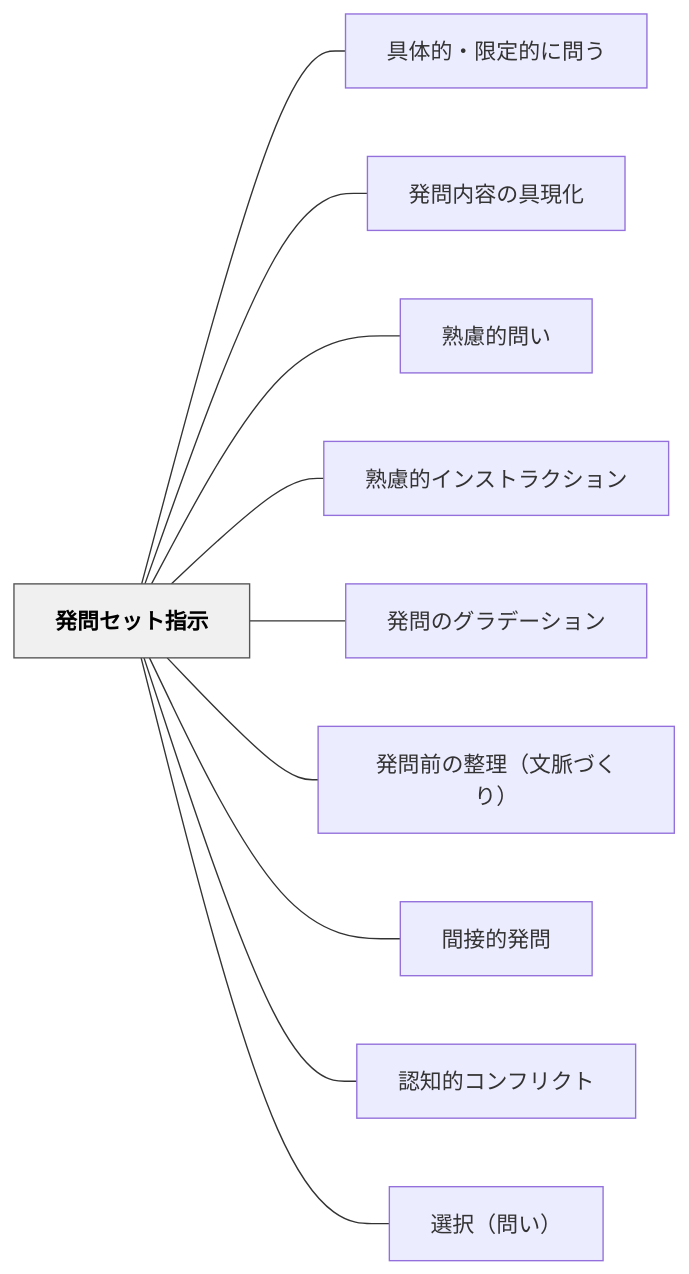
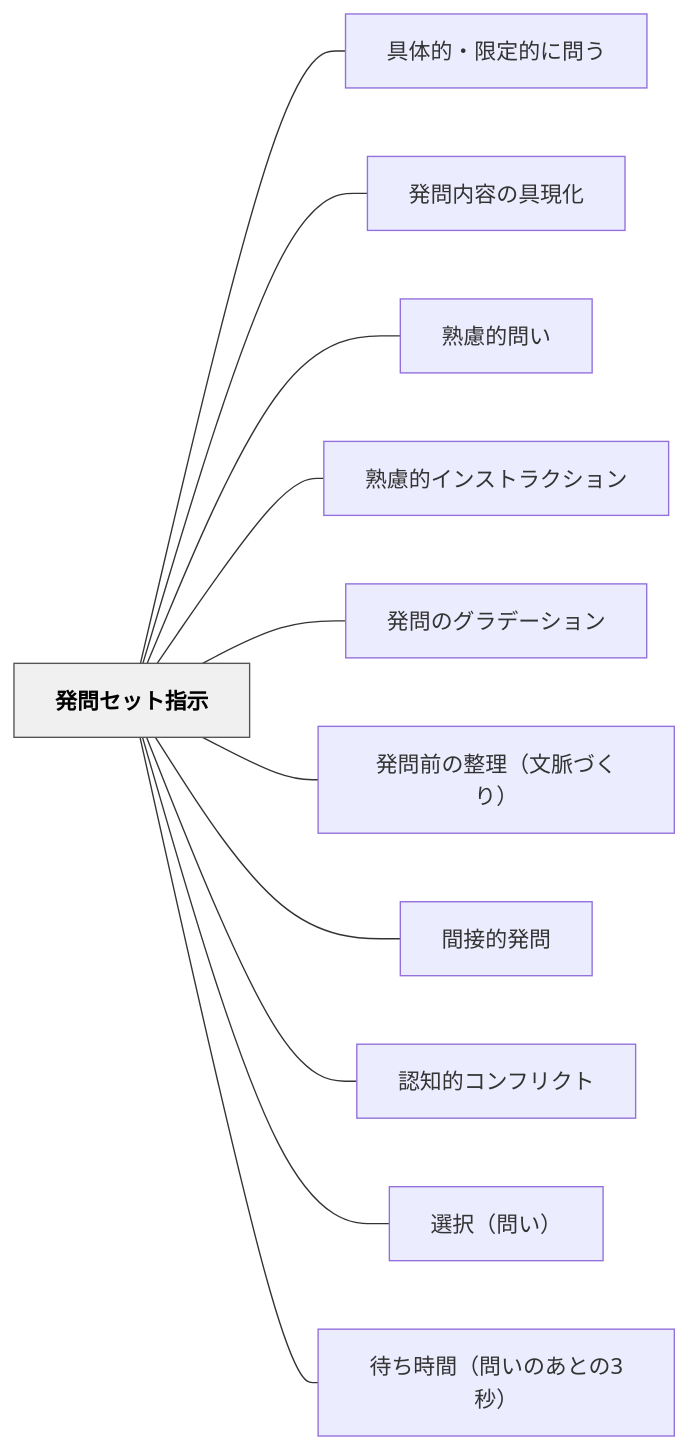
One commit to unknownthings-ed-patterns/unknownthings-ed-patterns changed the diagram in content/パタン/発問セット指示.md. Above: the diagram before and after it, drawn with Mermaid. The commit also changed other lines of this file and 6 other files, not shown here.

````diff
--- a/content/パタン/発問セット指示.md
+++ b/content/パタン/発問セット指示.md
@@ -87,26 +88,28 @@
 ```mermaid
 flowchart LR
     ne799bae5958fe382bbe38383e38388e68c87e7a4ba["発問セット指示"]
     ne585b7e4bd93e79a84e383bbe99990e5ae9ae79a84e381abe5958fe38186["具体的・限定的に問う"]
     ne799bae5958fe58685e5aeb9e381aee585b7e78fbee58c96["発問内容の具現化"]
     ne7869fe685aee79a84e5958fe38184["熟慮的問い"]
     ne7869fe685aee79a84e382a4e383b3e382b9e38388e383a9e382afe382b7e383a7e383b3["熟慮的インストラクション"]
     ne799bae5958fe381aee382b0e383a9e38387e383bce382b7e383a7e383b3["発問のグラデーション"]
     ne799bae5958fe5898de381aee695b4e79086efbc88e69687e88488e381a5e3818fe3828aefbc89["発問前の整理（文脈づくり）"]
     ne99693e68ea5e79a84e799bae5958f["間接的発問"]
     ne8aa8de79fa5e79a84e382b3e383b3e38395e383aae382afe38388["認知的コンフリクト"]
     ne981b8e68a9eefbc88e5958fe38184efbc89["選択（問い）"]
+    ne5be85e381a1e69982e99693efbc88e5958fe38184e381aee38182e381a8e381ae33e7a792efbc89["待ち時間（問いのあとの3秒）"]
 
     ne799bae5958fe382bbe38383e38388e68c87e7a4ba --- ne585b7e4bd93e79a84e383bbe99990e5ae9ae79a84e381abe5958fe38186
     ne799bae5958fe382bbe38383e38388e68c87e7a4ba --- ne799bae5958fe58685e5aeb9e381aee585b7e78fbee58c96
     ne799bae5958fe382bbe38383e38388e68c87e7a4ba --- ne7869fe685aee79a84e5958fe38184
     ne799bae5958fe382bbe38383e38388e68c87e7a4ba --- ne7869fe685aee79a84e382a4e383b3e382b9e38388e383a9e382afe382b7e383a7e383b3
     ne799bae5958fe382bbe38383e38388e68c87e7a4ba --- ne799bae5958fe381aee382b0e383a9e38387e383bce382b7e383a7e383b3
     ne799bae5958fe382bbe38383e38388e68c87e7a4ba --- ne799bae5958fe5898de381aee695b4e79086efbc88e69687e88488e381a5e3818fe3828aefbc89
     ne799bae5958fe382bbe38383e38388e68c87e7a4ba --- ne99693e68ea5e79a84e799bae5958f
     ne799bae5958fe382bbe38383e38388e68c87e7a4ba --- ne8aa8de79fa5e79a84e382b3e383b3e38395e383aae382afe38388
     ne799bae5958fe382bbe38383e38388e68c87e7a4ba --- ne981b8e68a9eefbc88e5958fe38184efbc89
+    ne799bae5958fe382bbe38383e38388e68c87e7a4ba --- ne5be85e381a1e69982e99693efbc88e5958fe38184e381aee38182e381a8e381ae33e7a792efbc89
 
     classDef hub fill:#f0f0f0,stroke:#555,color:#000,font-weight:bold
     class ne799bae5958fe382bbe38383e38388e68c87e7a4ba hub
 ```
````
